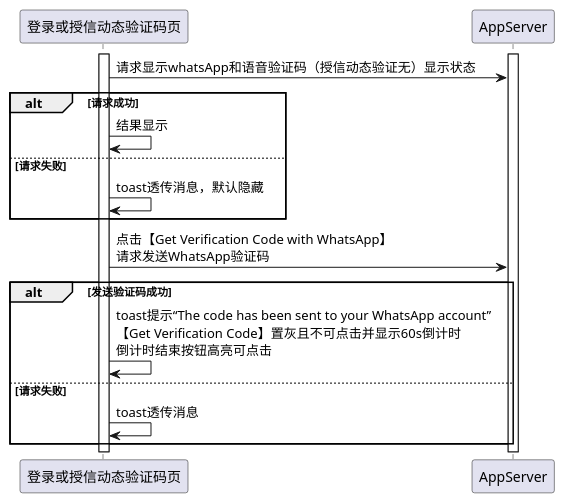
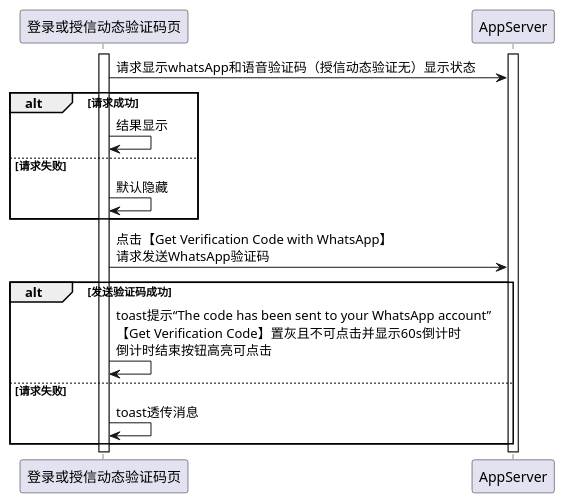
The diagram in app/puml/whatsappCaptcha.puml (GodLike1113/KiKa), drawn with PlantUML before and after one commit. The commit also changed 1 other file, not shown here.

Commit message:
更新了下puml图

```diff
--- a/app/puml/whatsappCaptcha.puml
+++ b/app/puml/whatsappCaptcha.puml
@@ -1,19 +1,19 @@
 @startuml
 activate 登录或授信动态验证码页
 activate AppServer
 
 登录或授信动态验证码页->AppServer:请求显示whatsApp和语音验证码（授信动态验证无）显示状态
    alt 请求成功
    登录或授信动态验证码页->登录或授信动态验证码页:结果显示
    else 请求失败
-   登录或授信动态验证码页->登录或授信动态验证码页:toast透传消息，默认隐藏
+   登录或授信动态验证码页->登录或授信动态验证码页:默认隐藏
    end
 
  登录或授信动态验证码页->AppServer:点击【Get Verification Code with WhatsApp】\n请求发送WhatsApp验证码
    alt 发送验证码成功
     登录或授信动态验证码页->登录或授信动态验证码页:toast提示“The code has been sent to your WhatsApp account”\n【Get Verification Code】置灰且不可点击并显示60s倒计时\n倒计时结束按钮高亮可点击
    else 请求失败
     登录或授信动态验证码页->登录或授信动态验证码页:toast透传消息
    end
 
 @enduml
```
